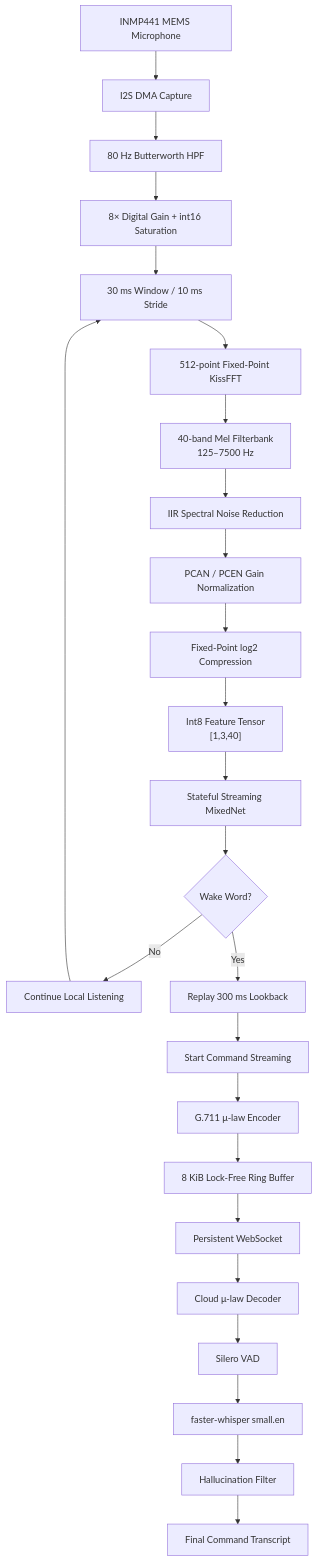
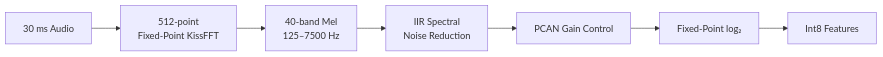
Before and after one commit to Raj24-dev/Kws: the second of 8 diagrams in README.md, drawn with Mermaid. The commit also changed other lines of this file, not shown here.

````diff
--- a/README.md
+++ b/README.md
@@ -191,55 +124,13 @@
 ```mermaid
-flowchart TD
+flowchart LR
 
-    A["INMP441 MEMS Microphone"]
-    B["I2S DMA Capture"]
-    C["80 Hz Butterworth HPF"]
-    D["8× Digital Gain + int16 Saturation"]
-    E["30 ms Window / 10 ms Stride"]
-    F["512-point Fixed-Point KissFFT"]
-    G["40-band Mel Filterbank<br/>125–7500 Hz"]
-    H["IIR Spectral Noise Reduction"]
-    I["PCAN / PCEN Gain Normalization"]
-    J["Fixed-Point log2 Compression"]
-    K["Int8 Feature Tensor<br/>[1,3,40]"]
-    L["Stateful Streaming MixedNet"]
-    M{"Wake Word?"}
-    N["Continue Local Listening"]
-    O["Replay 300 ms Lookback"]
-    P["Start Command Streaming"]
-    Q["G.711 μ-law Encoder"]
-    R["8 KiB Lock-Free Ring Buffer"]
-    S["Persistent WebSocket"]
-    T["Cloud μ-law Decoder"]
-    U["Silero VAD"]
-    V["faster-whisper small.en"]
-    W["Hallucination Filter"]
-    X["Final Command Transcript"]
+    A["30 ms Audio"]
+    B["512-point<br/>Fixed-Point KissFFT"]
+    C["40-band Mel<br/>125–7500 Hz"]
+    D["IIR Spectral<br/>Noise Reduction"]
+    E["PCAN Gain Control"]
+    F["Fixed-Point log₂"]
+    G["Int8 Features"]
 
-    A --> B
-    B --> C
-    C --> D
-    D --> E
-    E --> F
-    F --> G
-    G --> H
-    H --> I
-    I --> J
-    J --> K
-    K --> L
-    L --> M
-
-    M -->|No| N
-    N --> E
-
-    M -->|Yes| O
-    O --> P
-    P --> Q
-    Q --> R
-    R --> S
-    S --> T
-    T --> U
-    U --> V
-    V --> W
-    W --> X
+    A --> B --> C --> D --> E --> F --> G
 ```
````
